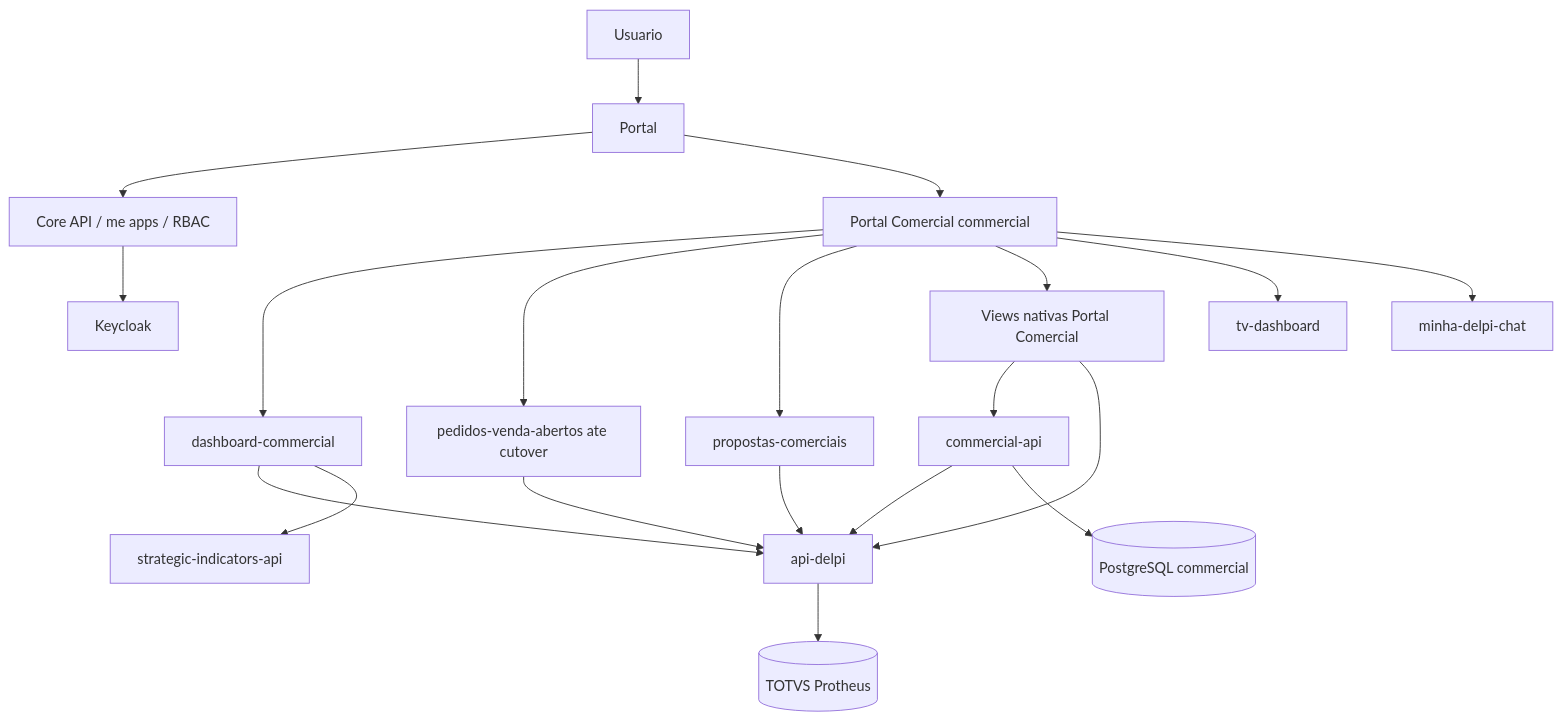
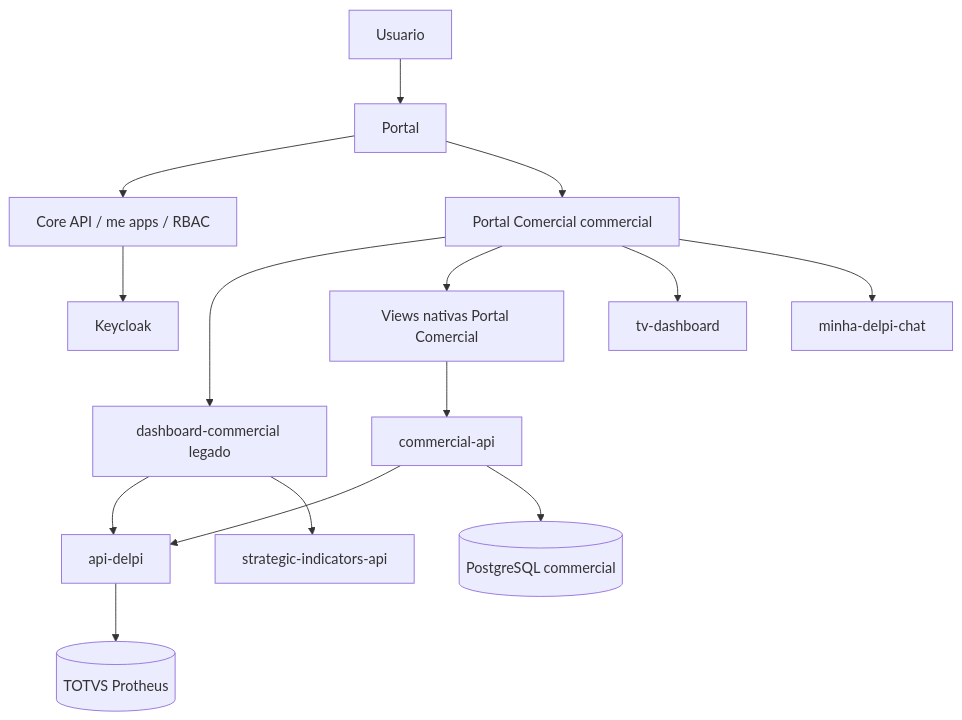
One commit to roberiooliveiradev/delpi-central changed the first of 2 diagrams in docs/12-roadmap-e-evolucao/commercial/PLAYBOOK-MODULO-COMERCIAL.md. Above: the diagram before and after it, drawn with Mermaid. The commit also changed other lines of this file and 19 other files, not shown here.

````diff
--- a/docs/12-roadmap-e-evolucao/commercial/PLAYBOOK-MODULO-COMERCIAL.md
+++ b/docs/12-roadmap-e-evolucao/commercial/PLAYBOOK-MODULO-COMERCIAL.md
@@ -182,24 +178,19 @@
 ```mermaid
 flowchart TB
   U[Usuario] --> P[Portal]
   P --> C[Core API / me apps / RBAC]
   P --> M[Portal Comercial commercial]
-  M --> DC[dashboard-commercial]
-  M --> PV[pedidos-venda-abertos ate cutover]
-  M --> PC[propostas-comerciais]
+  M --> DC[dashboard-commercial legado]
   M --> CW[Views nativas Portal Comercial]
   M --> TV[tv-dashboard]
   M --> CHAT[minha-delpi-chat]
 
   DC --> AD[api-delpi]
-  PV --> AD
-  PC --> AD
   CW --> CA[commercial-api]
-  CW --> AD
   CA --> AD
   DC --> SI[strategic-indicators-api]
 
   AD --> TOTVS[(TOTVS Protheus)]
   CA --> DB[(PostgreSQL commercial)]
   C --> KC[Keycloak]
 ```
````
